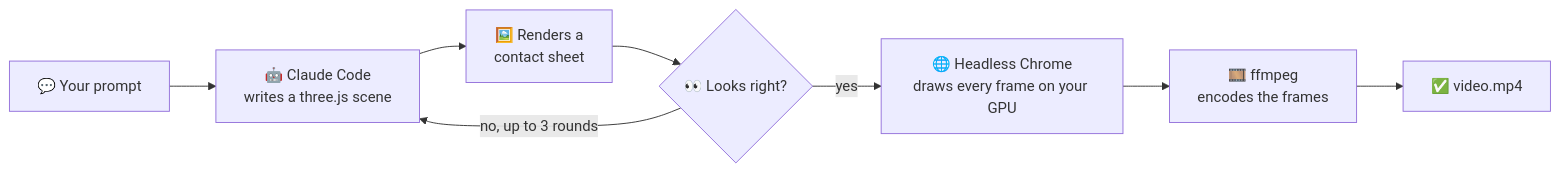
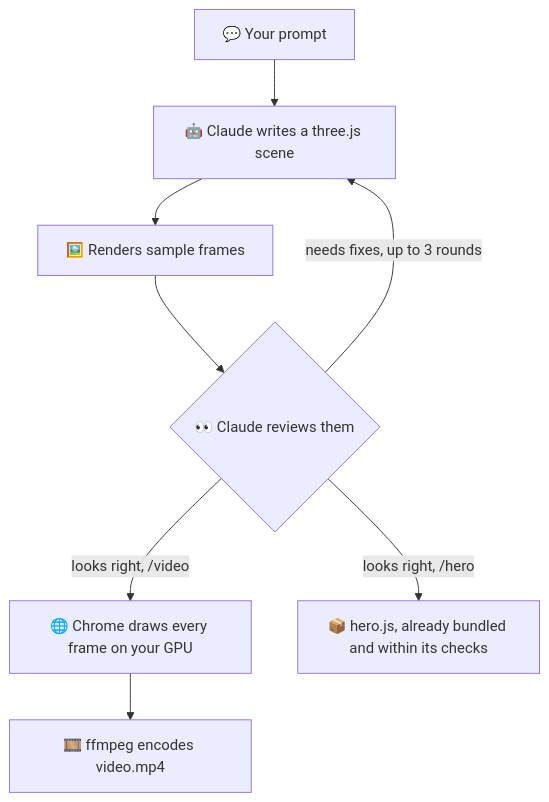
One commit to madalincmc/video-generator changed the diagram in README.md. Above: the diagram before and after it, drawn with Mermaid. The commit also changed other lines of this file and 24 other files, not shown here.

````diff
--- a/README.md
+++ b/README.md
@@ -93,10 +80,10 @@
 ```mermaid
-flowchart LR
-    A["💬 Your prompt"] --> B["🤖 Claude Code<br/>writes a three.js scene"]
-    B --> C["🖼️ Renders a<br/>contact sheet"]
-    C --> D{"👀 Looks right?"}
-    D -- "no, up to 3 rounds" --> B
-    D -- yes --> E["🌐 Headless Chrome<br/>draws every frame on your GPU"]
-    E --> F["🎞️ ffmpeg<br/>encodes the frames"]
-    F --> G["✅ video.mp4"]
+flowchart TD
+    A["💬 Your prompt"] --> B["🤖 Claude writes a three.js scene"]
+    B --> C["🖼️ Renders sample frames"]
+    C --> D{"👀 Claude reviews them"}
+    D -- "needs fixes, up to 3 rounds" --> B
+    D -- "looks right, /video" --> E["🌐 Chrome draws every frame on your GPU"]
+    E --> F["🎞️ ffmpeg encodes video.mp4"]
+    D -- "looks right, /hero" --> G["📦 hero.js, already bundled and within its checks"]
 ```
````
